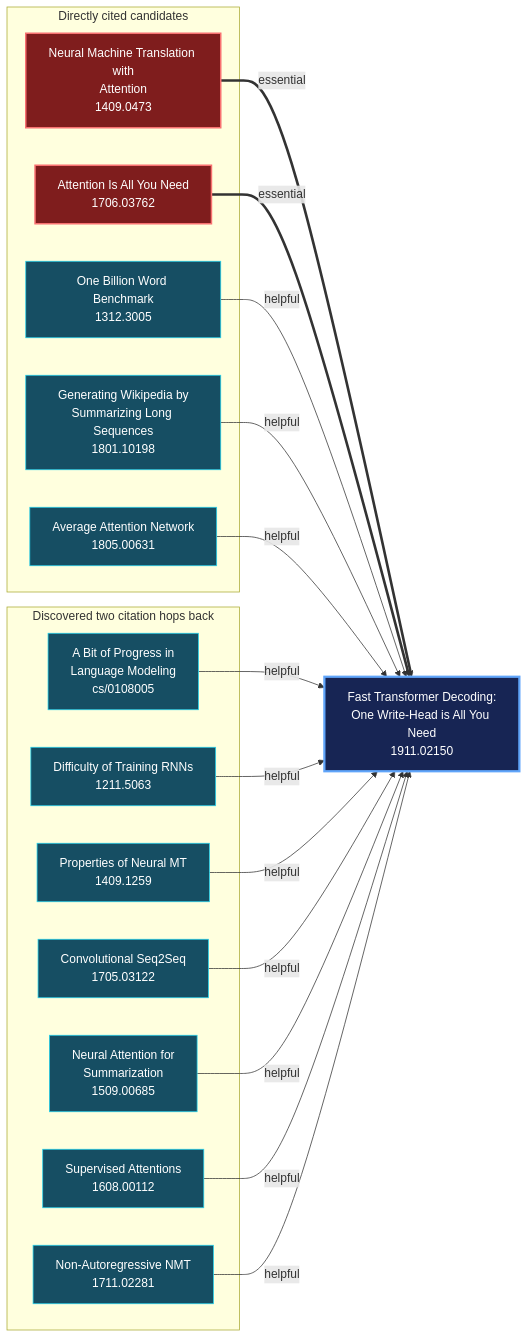
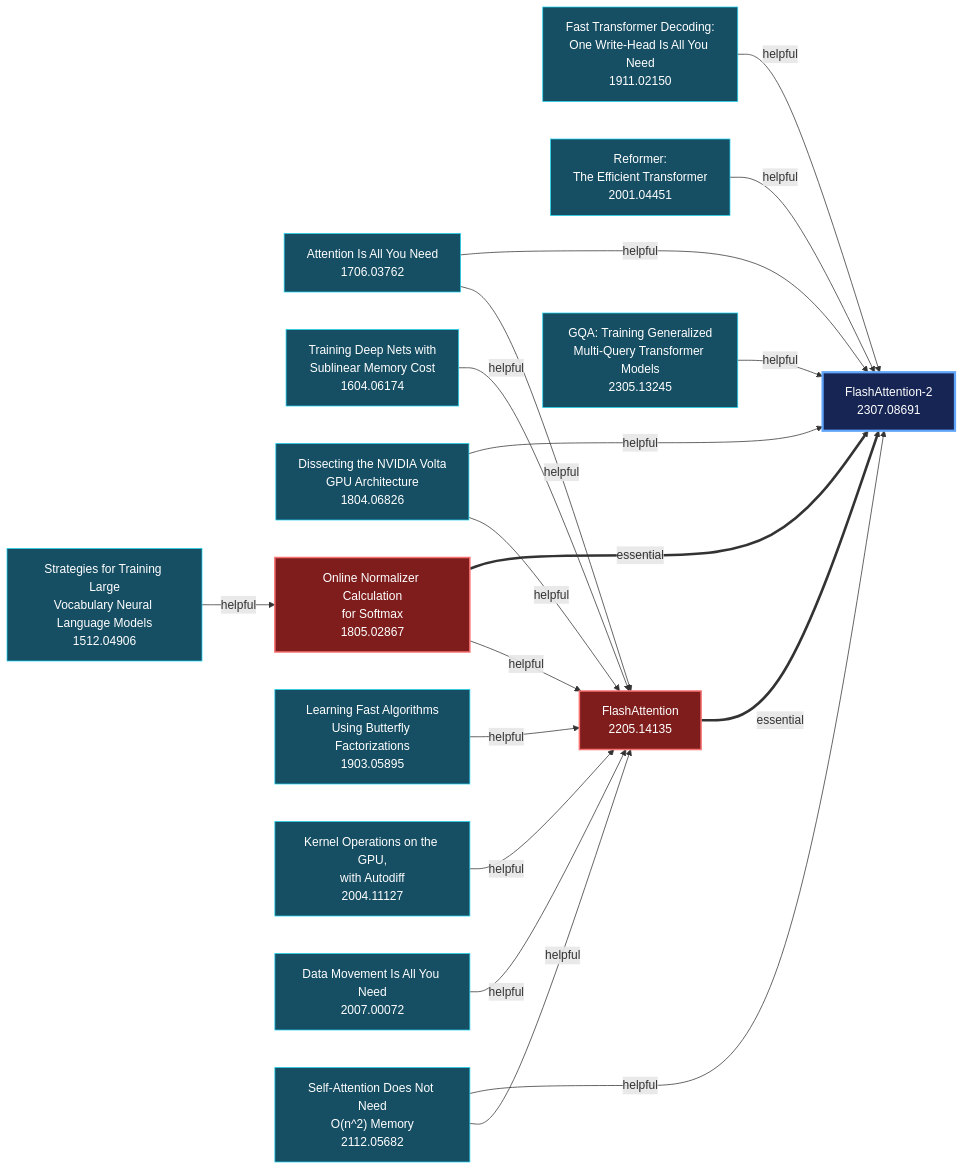
One commit to Mikolaj-MLP/knowledge-maps changed the diagram in README.md. Above: the diagram before and after it, drawn with Mermaid. The commit also changed other lines of this file and 14 other files, not shown here.

Commit message:
Build recursive prerequisite graphs

````diff
--- a/README.md
+++ b/README.md
@@ -24,43 +34,44 @@
 ```mermaid
 flowchart LR
-    subgraph second[Discovered two citation hops back]
-        goodman["A Bit of Progress in<br/>Language Modeling<br/>cs/0108005"]
-        rnn["Difficulty of Training RNNs<br/>1211.5063"]
-        encdec["Properties of Neural MT<br/>1409.1259"]
-        conv["Convolutional Seq2Seq<br/>1705.03122"]
-        summarization["Neural Attention for<br/>Summarization<br/>1509.00685"]
-        supervised["Supervised Attentions<br/>1608.00112"]
-        nonauto["Non-Autoregressive NMT<br/>1711.02281"]
-    end
+    transformer["Attention Is All You Need<br/>1706.03762"]
+    vocabulary["Strategies for Training Large<br/>Vocabulary Neural Language Models<br/>1512.04906"]
+    sublinear["Training Deep Nets with<br/>Sublinear Memory Cost<br/>1604.06174"]
+    volta["Dissecting the NVIDIA Volta<br/>GPU Architecture<br/>1804.06826"]
+    online["Online Normalizer Calculation<br/>for Softmax<br/>1805.02867"]
+    mqa["Fast Transformer Decoding:<br/>One Write-Head Is All You Need<br/>1911.02150"]
+    reformer["Reformer:<br/>The Efficient Transformer<br/>2001.04451"]
+    butterfly["Learning Fast Algorithms<br/>Using Butterfly Factorizations<br/>1903.05895"]
+    keops["Kernel Operations on the GPU,<br/>with Autodiff<br/>2004.11127"]
+    movement["Data Movement Is All You Need<br/>2007.00072"]
+    memory["Self-Attention Does Not Need<br/>O(n^2) Memory<br/>2112.05682"]
+    flash["FlashAttention<br/>2205.14135"]
+    gqa["GQA: Training Generalized<br/>Multi-Query Transformer Models<br/>2305.13245"]
+    target["FlashAttention-2<br/>2307.08691"]
 
-    subgraph direct[Directly cited candidates]
-        billion["One Billion Word Benchmark<br/>1312.3005"]
-        bahdanau["Neural Machine Translation with<br/>Attention<br/>1409.0473"]
-        transformer["Attention Is All You Need<br/>1706.03762"]
-        wiki["Generating Wikipedia by<br/>Summarizing Long Sequences<br/>1801.10198"]
-        average["Average Attention Network<br/>1805.00631"]
-    end
+    transformer -->|helpful| target
+    volta -->|helpful| target
+    mqa -->|helpful| target
+    reformer -->|helpful| target
+    memory -->|helpful| target
+    gqa -->|helpful| target
+    online ==>|essential| target
+    flash ==>|essential| target
 
-    target["Fast Transformer Decoding:<br/>One Write-Head is All You Need<br/>1911.02150"]
-
-    bahdanau ==>|essential| target
-    transformer ==>|essential| target
-    billion -->|helpful| target
-    wiki -->|helpful| target
-    average -->|helpful| target
-    goodman -->|helpful| target
-    rnn -->|helpful| target
-    encdec -->|helpful| target
-    conv -->|helpful| target
-    summarization -->|helpful| target
-    supervised -->|helpful| target
-    nonauto -->|helpful| target
+    vocabulary -->|helpful| online
+    sublinear -->|helpful| flash
+    transformer -->|helpful| flash
+    volta -->|helpful| flash
+    online -->|helpful| flash
+    butterfly -->|helpful| flash
+    keops -->|helpful| flash
+    movement -->|helpful| flash
+    memory -->|helpful| flash
 
     classDef target fill:#172554,color:#fff,stroke:#60a5fa,stroke-width:3px
     classDef essential fill:#7f1d1d,color:#fff,stroke:#f87171,stroke-width:2px
     classDef helpful fill:#164e63,color:#fff,stroke:#22d3ee
 
     class target target
-    class bahdanau,transformer essential
-    class billion,wiki,average,goodman,rnn,encdec,conv,summarization,supervised,nonauto helpful
+    class online,flash essential
+    class transformer,vocabulary,sublinear,volta,mqa,reformer,butterfly,keops,movement,memory,gqa helpful
 ```
````
